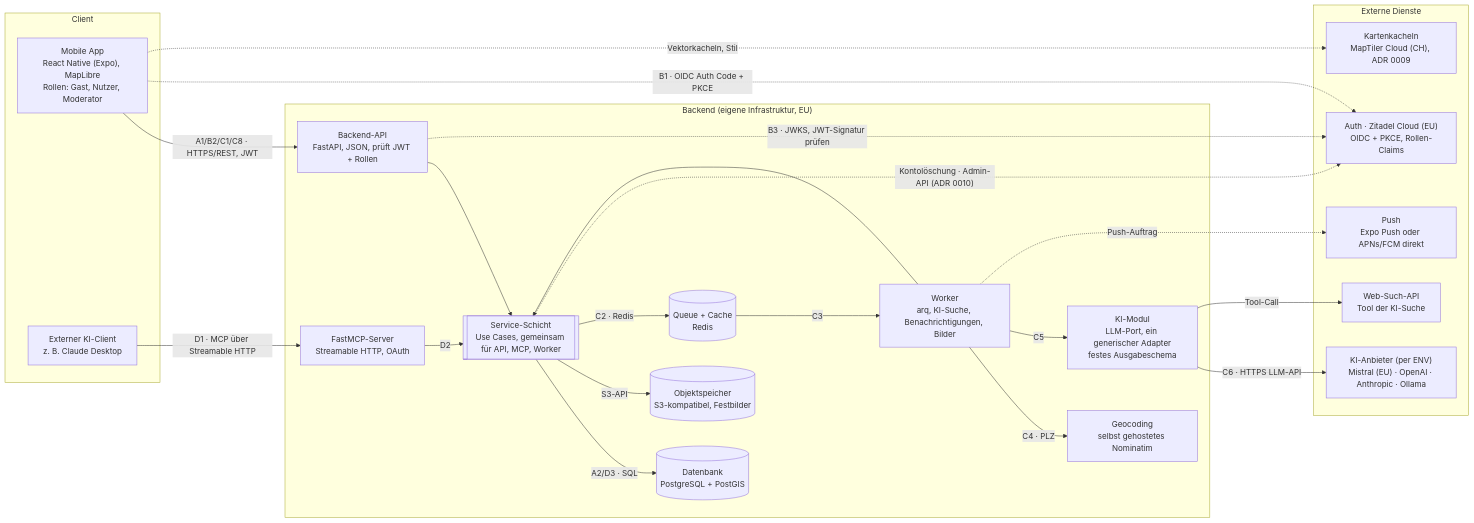
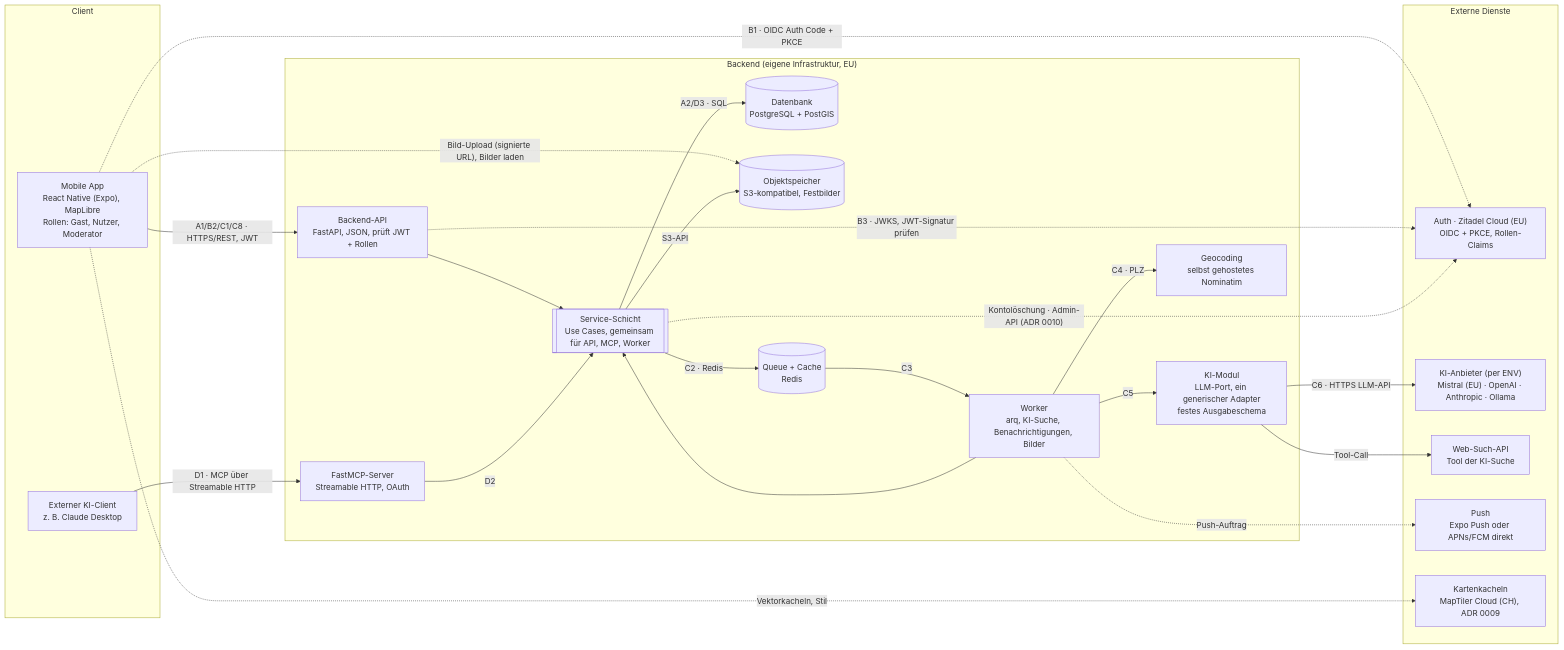
The first of 2 diagrams in 00-docs/20-architecture/system-architecture.md (Harpune/Stadtfest-Finder), drawn with Mermaid before and after one commit. The commit also changed other lines of this file and 10 other files, not shown here.

````diff
--- a/00-docs/20-architecture/system-architecture.md
+++ b/00-docs/20-architecture/system-architecture.md
@@ -9,46 +9,47 @@
 ```mermaid
 flowchart LR
   subgraph Client
     APP["Mobile App<br/>React Native (Expo), MapLibre<br/>Rollen: Gast, Nutzer, Moderator"]
     MCPC["Externer KI-Client<br/>z. B. Claude Desktop"]
   end
 
   subgraph Backend["Backend (eigene Infrastruktur, EU)"]
     API["Backend-API<br/>FastAPI, JSON, prüft JWT + Rollen"]
     MCP["FastMCP-Server<br/>Streamable HTTP, OAuth"]
     SVC[["Service-Schicht<br/>Use Cases, gemeinsam für API, MCP, Worker"]]
     WRK["Worker<br/>arq, KI-Suche, Benachrichtigungen, Bilder"]
     DB[("Datenbank<br/>PostgreSQL + PostGIS")]
     OBJ[("Objektspeicher<br/>S3-kompatibel, Festbilder")]
     RED[("Queue + Cache<br/>Redis")]
     AI["KI-Modul<br/>LLM-Port, ein generischer Adapter<br/>festes Ausgabeschema"]
     GEO["Geocoding<br/>selbst gehostetes Nominatim"]
   end
 
   subgraph Extern["Externe Dienste"]
     IDP["Auth · Zitadel Cloud (EU)<br/>OIDC + PKCE, Rollen-Claims"]
     LLM["KI-Anbieter (per ENV)<br/>Mistral (EU) · OpenAI · Anthropic · Ollama"]
     WEB["Web-Such-API<br/>Tool der KI-Suche"]
     PUSH["Push<br/>Expo Push oder APNs/FCM direkt"]
     TILES["Kartenkacheln<br/>MapTiler Cloud (CH), ADR 0009"]
   end
 
   APP -- "A1/B2/C1/C8 · HTTPS/REST, JWT" --> API
   APP -. "B1 · OIDC Auth Code + PKCE" .-> IDP
   APP -. "Vektorkacheln, Stil" .-> TILES
+  APP -. "Bild-Upload (signierte URL), Bilder laden" .-> OBJ
   MCPC -- "D1 · MCP über Streamable HTTP" --> MCP
   API --> SVC
   MCP -- D2 --> SVC
   SVC -- "A2/D3 · SQL" --> DB
   SVC -- "S3-API" --> OBJ
   SVC -- "C2 · Redis" --> RED
   RED -- C3 --> WRK
   WRK --> SVC
   WRK -- "C4 · PLZ" --> GEO
   WRK -- C5 --> AI
   AI -- "C6 · HTTPS LLM-API" --> LLM
   AI -- "Tool-Call" --> WEB
   WRK -. "Push-Auftrag" .-> PUSH
   API -. "B3 · JWKS, JWT-Signatur prüfen" .-> IDP
   SVC -. "Kontolöschung · Admin-API (ADR 0010)" .-> IDP
 ```
````
